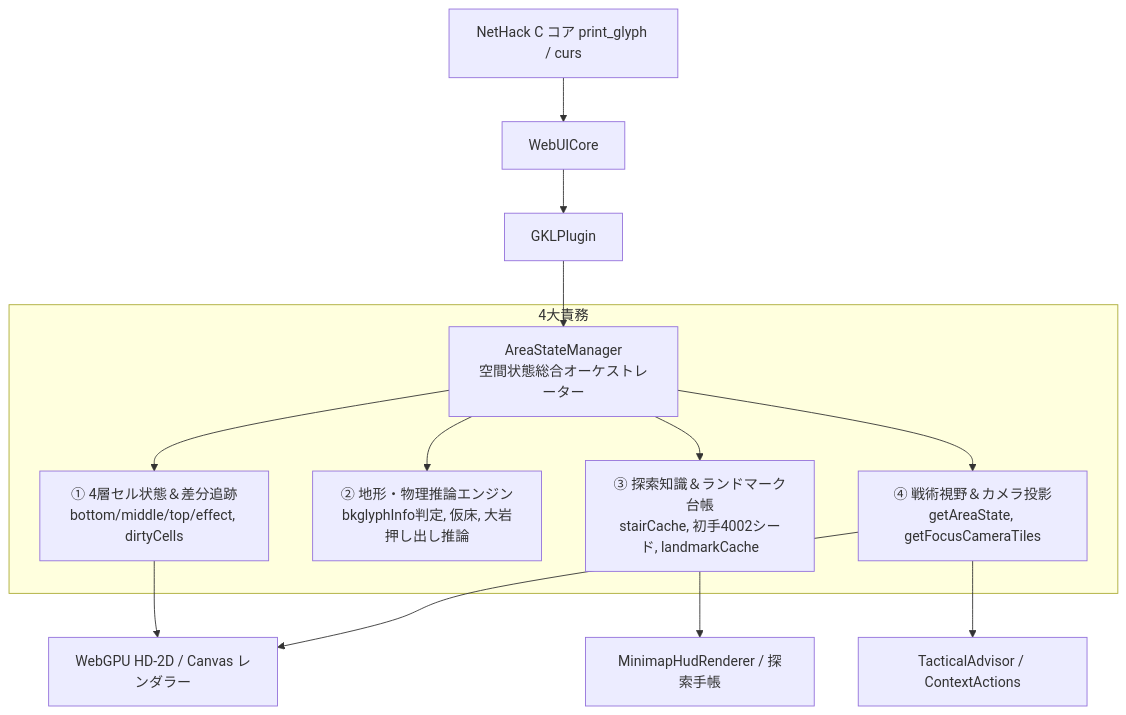
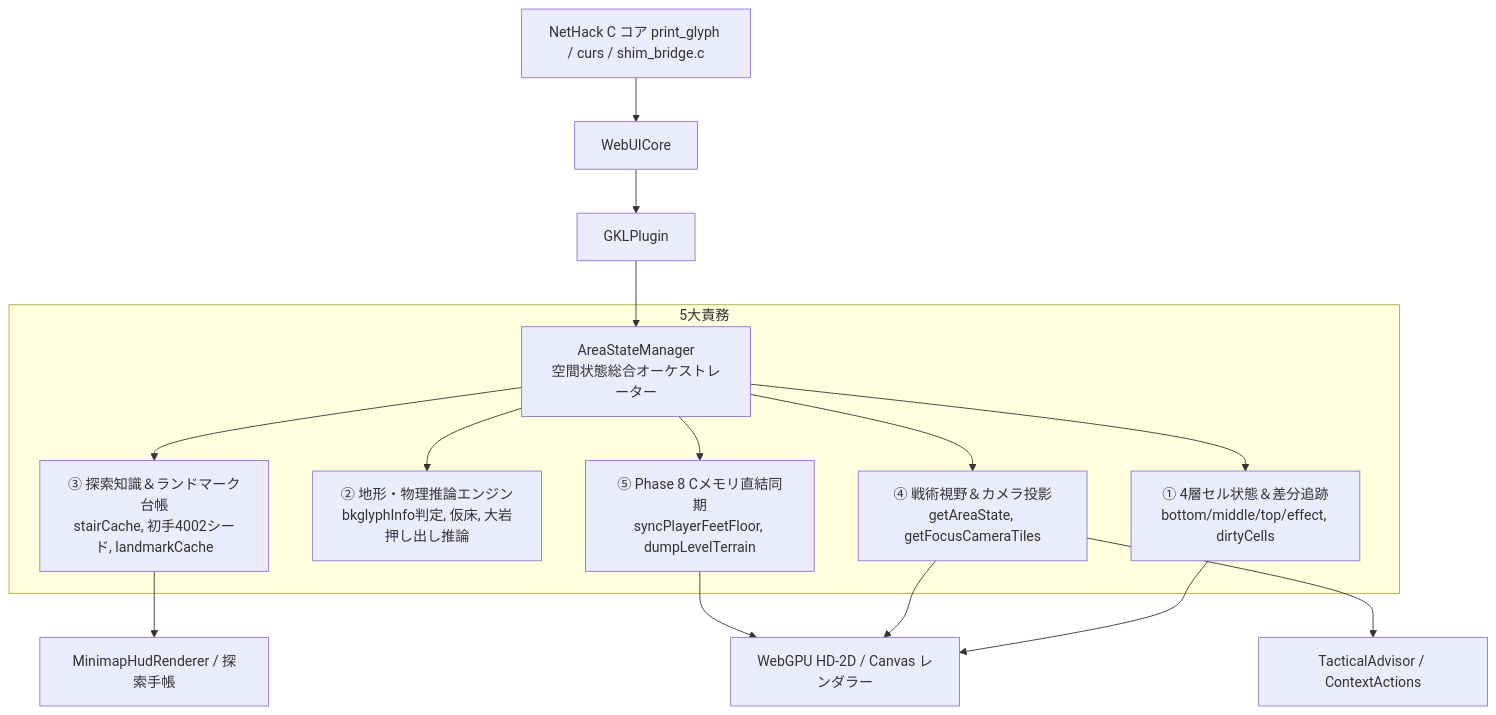
The first of 3 diagrams in docs/3_gkl/AreaStateManager_Architecture_and_Specification.ja.md (e3sh/Nethack-wasm-webUI), drawn with Mermaid before and after one commit. The commit also changed other lines of this file and 57 other files, not shown here.

````diff
--- a/docs/3_gkl/AreaStateManager_Architecture_and_Specification.ja.md
+++ b/docs/3_gkl/AreaStateManager_Architecture_and_Specification.ja.md
@@ -17,17 +20,18 @@
 ```mermaid
 flowchart TD
-    WASM[NetHack C コア print_glyph / curs] --> WebUICore
+    WASM[NetHack C コア print_glyph / curs / shim_bridge.c] --> WebUICore
     WebUICore --> GKLPlugin
     GKLPlugin --> ASM[AreaStateManager<br>空間状態総合オーケストレーター]
     
-    subgraph Core Responsibilities [4大責務]
+    subgraph Core Responsibilities [5大責務]
         ASM --> L1[① 4層セル状態＆差分追跡<br>bottom/middle/top/effect, dirtyCells]
         ASM --> L2[② 地形・物理推論エンジン<br>bkglyphInfo判定, 仮床, 大岩押し出し推論]
         ASM --> L3[③ 探索知識＆ランドマーク台帳<br>stairCache, 初手4002シード, landmarkCache]
         ASM --> L4[④ 戦術視野＆カメラ投影<br>getAreaState, getFocusCameraTiles]
+        ASM --> L5[⑤ Phase 8 Cメモリ直結同期<br>syncPlayerFeetFloor, dumpLevelTerrain]
     end
     
-    L1 & L4 --> Renderers[WebGPU HD-2D / Canvas レンダラー]
+    L1 & L4 & L5 --> Renderers[WebGPU HD-2D / Canvas レンダラー]
     L3 --> Minimap[MinimapHudRenderer / 探索手帳]
     L4 --> Advisor[TacticalAdvisor / ContextActions]
 ```
````
